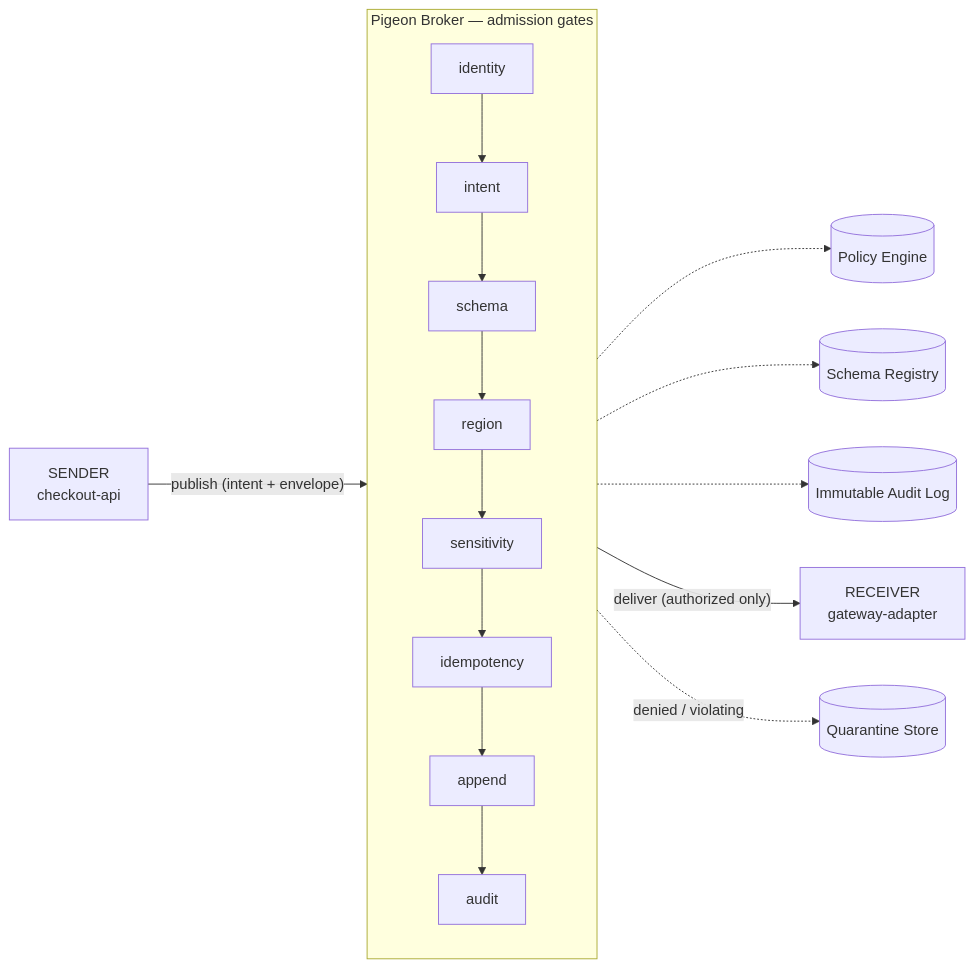
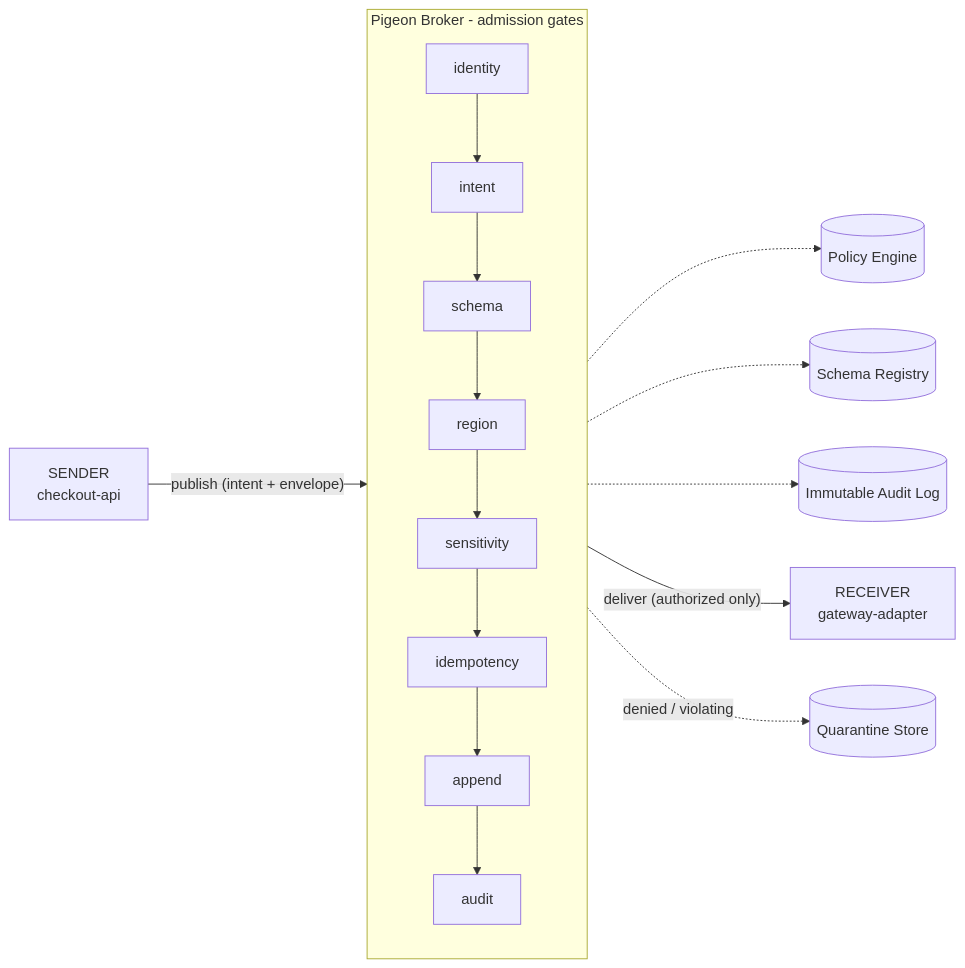
The first of 2 diagrams in docs/mvp-architecture.md (vishnu-77/pigeon), drawn with Mermaid before and after one commit. The commit also changed 6 other files, not shown here.

````diff
--- a/docs/mvp-architecture.md
+++ b/docs/mvp-architecture.md
@@ -11,22 +11,22 @@
 ```mermaid
 flowchart LR
   Sender["SENDER<br/>checkout-api"]
   Receiver["RECEIVER<br/>gateway-adapter"]
 
-  subgraph Broker["Pigeon Broker — admission gates"]
+  subgraph Broker["Pigeon Broker - admission gates"]
     direction TB
     G1["identity"] --> G2["intent"] --> G3["schema"] --> G4["region"] --> G5["sensitivity"] --> G6["idempotency"] --> G7["append"] --> G8["audit"]
   end
 
   Policy[("Policy Engine")]
   Schema[("Schema Registry")]
   Audit[("Immutable Audit Log")]
   Quarantine[("Quarantine Store")]
 
   Sender -- "publish (intent + envelope)" --> Broker
   Broker -- "deliver (authorized only)" --> Receiver
   Broker -. "denied / violating" .-> Quarantine
   G1 -.-> Policy
   G3 -.-> Schema
   G8 -.-> Audit
 ```
````
